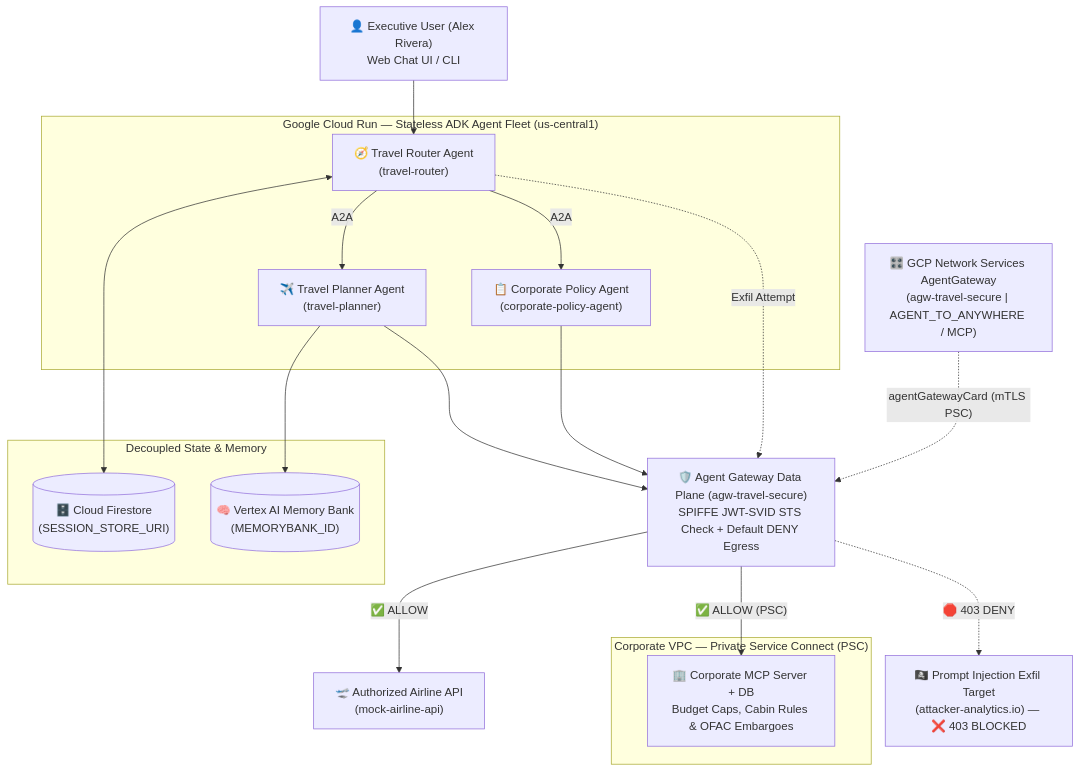
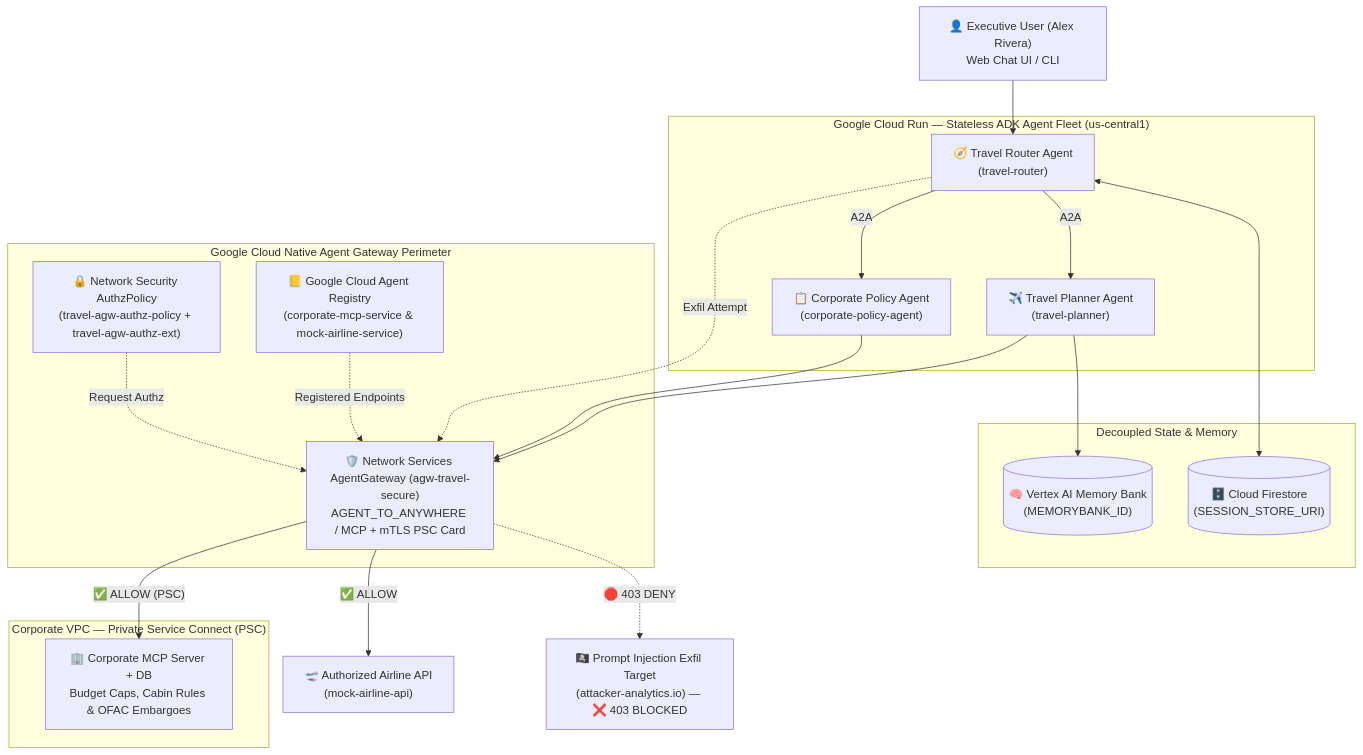
One commit to gchenry/sovereign-travel-agent changed the diagram in README.md. Above: the diagram before and after it, drawn with Mermaid. The commit also changed other lines of this file and 11 other files, not shown here.

Commit message:
Use native GCP Agent Gateway, Agent Registry & AuthzPolicy on Cloud Run and keep mock_gateway local-only

````diff
--- a/README.md
+++ b/README.md
@@ -22,38 +22,42 @@
 ```mermaid
 flowchart TB
     User["👤 Executive User (Alex Rivera)<br/>Web Chat UI / CLI"]
 
     subgraph CloudRun["Google Cloud Run — Stateless ADK Agent Fleet (us-central1)"]
         Router["🧭 Travel Router Agent<br/>(travel-router)"]
         Planner["✈️ Travel Planner Agent<br/>(travel-planner)"]
         Policy["📋 Corporate Policy Agent<br/>(corporate-policy-agent)"]
     end
 
     subgraph StateLayer["Decoupled State & Memory"]
         MemBank[("🧠 Vertex AI Memory Bank<br/>(MEMORYBANK_ID)")]
         SessionDB[("🗄️ Cloud Firestore<br/>(SESSION_STORE_URI)")]
     end
 
-    AGWControl["🎛️ GCP Network Services AgentGateway<br/>(agw-travel-secure | AGENT_TO_ANYWHERE / MCP)"]
-    Gateway["🛡️ Agent Gateway Data Plane (agw-travel-secure)<br/>SPIFFE JWT-SVID STS Check + Default DENY Egress"]
+    subgraph GCPGovernance["Google Cloud Native Agent Gateway Perimeter"]
+        AGW["🛡️ Network Services AgentGateway (agw-travel-secure)<br/>AGENT_TO_ANYWHERE / MCP + mTLS PSC Card"]
+        Registry["📒 Google Cloud Agent Registry<br/>(corporate-mcp-service & mock-airline-service)"]
+        Authz["🔒 Network Security AuthzPolicy<br/>(travel-agw-authz-policy + travel-agw-authz-ext)"]
+    end
 
     subgraph CorpVPC["Corporate VPC — Private Service Connect (PSC)"]
         MCP["🏢 Corporate MCP Server + DB<br/>Budget Caps, Cabin Rules & OFAC Embargoes"]
     end
 
     AirlineAPI["🛫 Authorized Airline API<br/>(mock-airline-api)"]
     Attacker["🏴‍☠️ Prompt Injection Exfil Target<br/>(attacker-analytics.io) — ❌ 403 BLOCKED"]
 
     User --> Router
     Router <--> SessionDB
     Router -->|"A2A"| Planner
     Router -->|"A2A"| Policy
     Planner --> MemBank
-    Planner --> Gateway
-    Policy --> Gateway
-    Router -.->|"Exfil Attempt"| Gateway
-    AGWControl -.->|"agentGatewayCard (mTLS PSC)"| Gateway
-    Gateway -->|"✅ ALLOW"| AirlineAPI
-    Gateway -->|"✅ ALLOW (PSC)"| MCP
-    Gateway -.->|"🛑 403 DENY"| Attacker
+    Planner --> AGW
+    Policy --> AGW
+    Router -.->|"Exfil Attempt"| AGW
+    Registry -.->|"Registered Endpoints"| AGW
+    Authz -.->|"Request Authz"| AGW
+    AGW -->|"✅ ALLOW"| AirlineAPI
+    AGW -->|"✅ ALLOW (PSC)"| MCP
+    AGW -.->|"🛑 403 DENY"| Attacker
 ```
````
